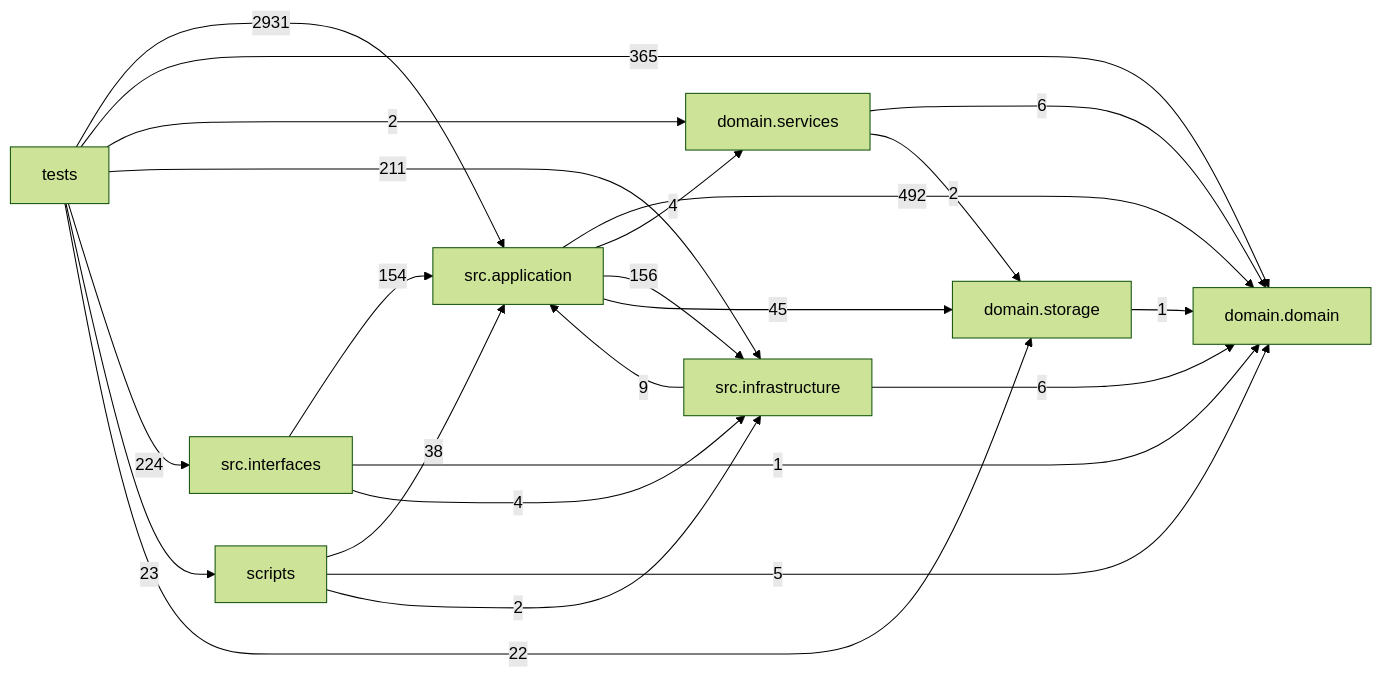
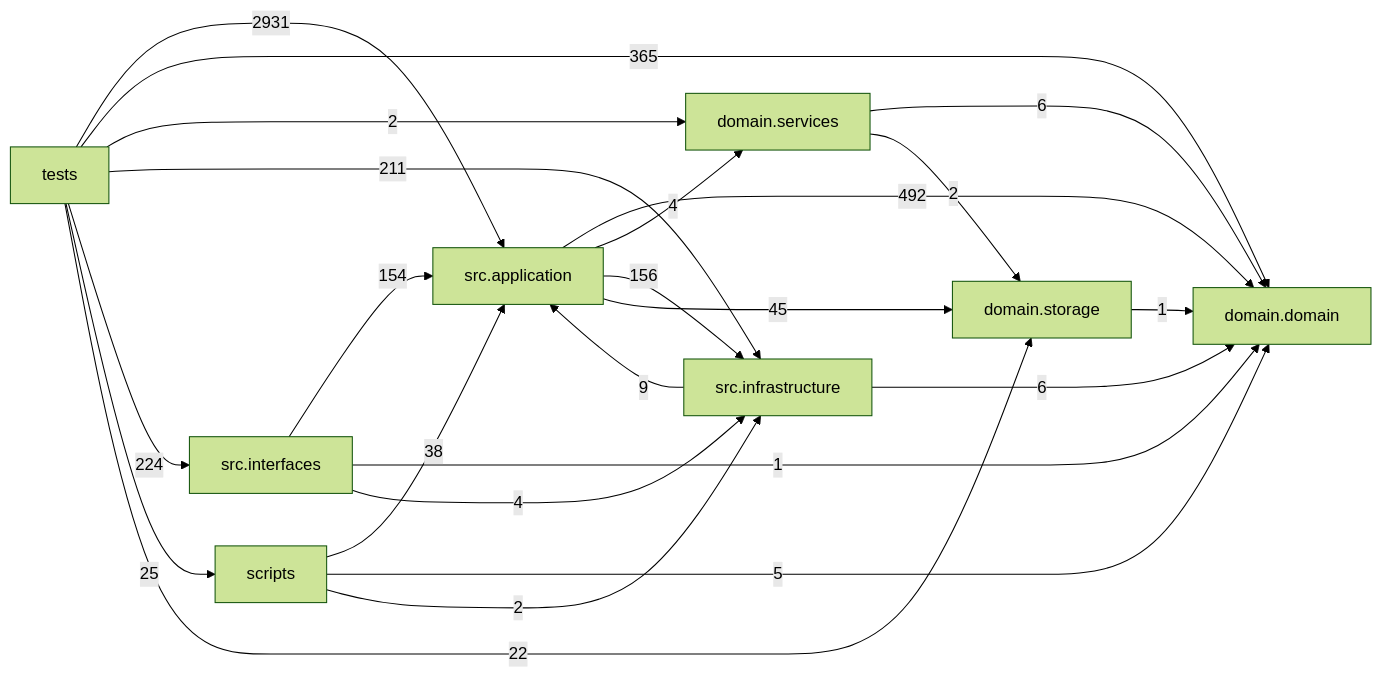
The diagram in docs/DEPENDENCY_GRAPH.md (liuxie066/options-monitor), drawn with Mermaid (forest theme) before and after one commit. The commit also changed other lines of this file and 6 other files, not shown here.

````diff
--- a/docs/DEPENDENCY_GRAPH.md
+++ b/docs/DEPENDENCY_GRAPH.md
@@ -24,33 +24,33 @@
 ```mermaid
 flowchart LR
   tests["tests"]
   scripts["scripts"]
   interfaces["src.interfaces"]
   application["src.application"]
   infrastructure["src.infrastructure"]
   domain_services["domain.services"]
   domain["domain.domain"]
   storage["domain.storage"]
   application -->|492| domain
   application -->|4| domain_services
   application -->|156| infrastructure
   application -->|45| storage
   domain_services -->|6| domain
   domain_services -->|2| storage
   infrastructure -->|9| application
   infrastructure -->|6| domain
   interfaces -->|154| application
   interfaces -->|1| domain
   interfaces -->|4| infrastructure
   scripts -->|38| application
   scripts -->|5| domain
   scripts -->|2| infrastructure
   storage -->|1| domain
   tests -->|2931| application
   tests -->|365| domain
   tests -->|2| domain_services
   tests -->|211| infrastructure
   tests -->|224| interfaces
-  tests -->|23| scripts
+  tests -->|25| scripts
   tests -->|22| storage
 ```
````
